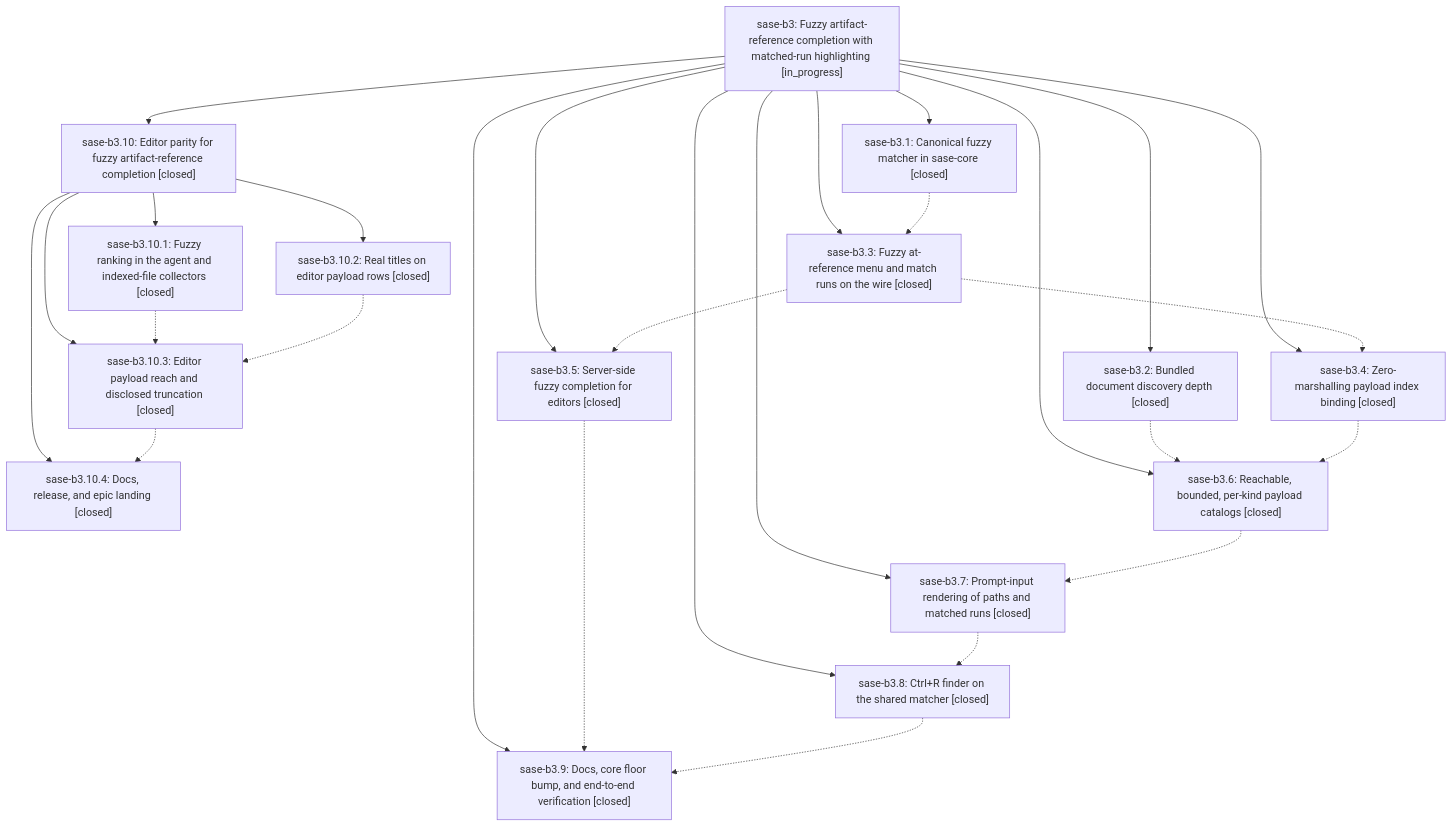
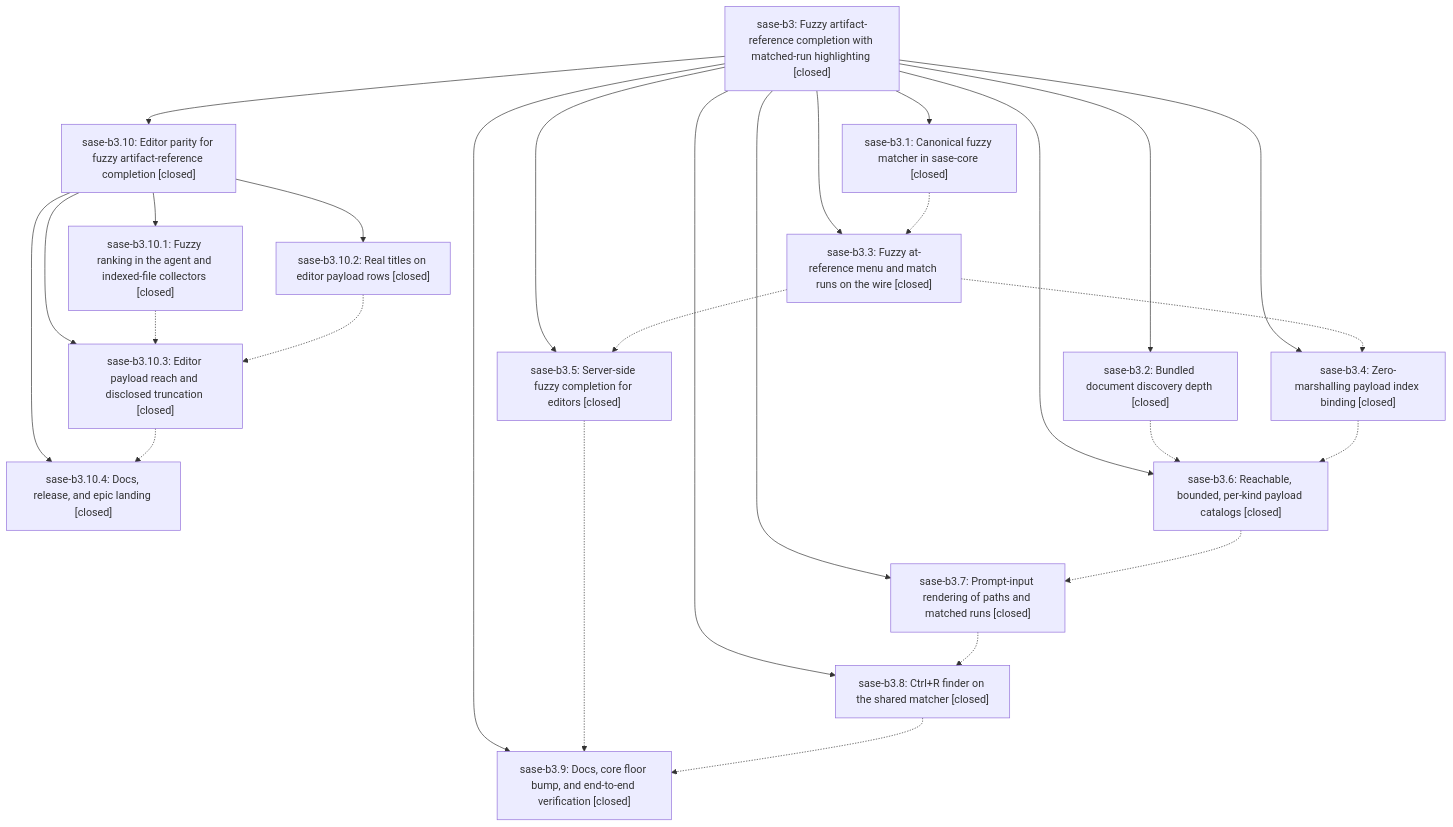
One commit to sase-org/sase--beads changed the diagram in pages/sase-b3/README.md. Above: the diagram before and after it, drawn with Mermaid. The commit also changed other lines of this file and 490 other files, not shown here.

````diff
--- a/pages/sase-b3/README.md
+++ b/pages/sase-b3/README.md
@@ -30,44 +30,44 @@
 ```mermaid
 flowchart TD
-    n0["sase-b3: Fuzzy artifact-reference completion with matched-run highlighting [in_progress]"]
+    n0["sase-b3: Fuzzy artifact-reference completion with matched-run highlighting [closed]"]
     n1["sase-b3.1: Canonical fuzzy matcher in sase-core [closed]"]
     n2["sase-b3.10: Editor parity for fuzzy artifact-reference completion [closed]"]
     n3["sase-b3.10.1: Fuzzy ranking in the agent and indexed-file collectors [closed]"]
     n4["sase-b3.10.2: Real titles on editor payload rows [closed]"]
     n5["sase-b3.10.3: Editor payload reach and disclosed truncation [closed]"]
     n6["sase-b3.10.4: Docs, release, and epic landing [closed]"]
     n7["sase-b3.2: Bundled document discovery depth [closed]"]
     n8["sase-b3.3: Fuzzy at-reference menu and match runs on the wire [closed]"]
     n9["sase-b3.4: Zero-marshalling payload index binding [closed]"]
     n10["sase-b3.5: Server-side fuzzy completion for editors [closed]"]
     n11["sase-b3.6: Reachable, bounded, per-kind payload catalogs [closed]"]
     n12["sase-b3.7: Prompt-input rendering of paths and matched runs [closed]"]
     n13["sase-b3.8: Ctrl+R finder on the shared matcher [closed]"]
     n14["sase-b3.9: Docs, core floor bump, and end-to-end verification [closed]"]
     n0 --> n1
     n0 --> n2
     n2 --> n3
     n2 --> n4
     n2 --> n5
     n2 --> n6
     n0 --> n7
     n0 --> n8
     n0 --> n9
     n0 --> n10
     n0 --> n11
     n0 --> n12
     n0 --> n13
     n0 --> n14
     n1 -.-> n8
     n3 -.-> n5
     n4 -.-> n5
     n5 -.-> n6
     n7 -.-> n11
     n8 -.-> n9
     n8 -.-> n10
     n9 -.-> n11
     n10 -.-> n14
     n11 -.-> n12
     n12 -.-> n13
     n13 -.-> n14
 ```
````
